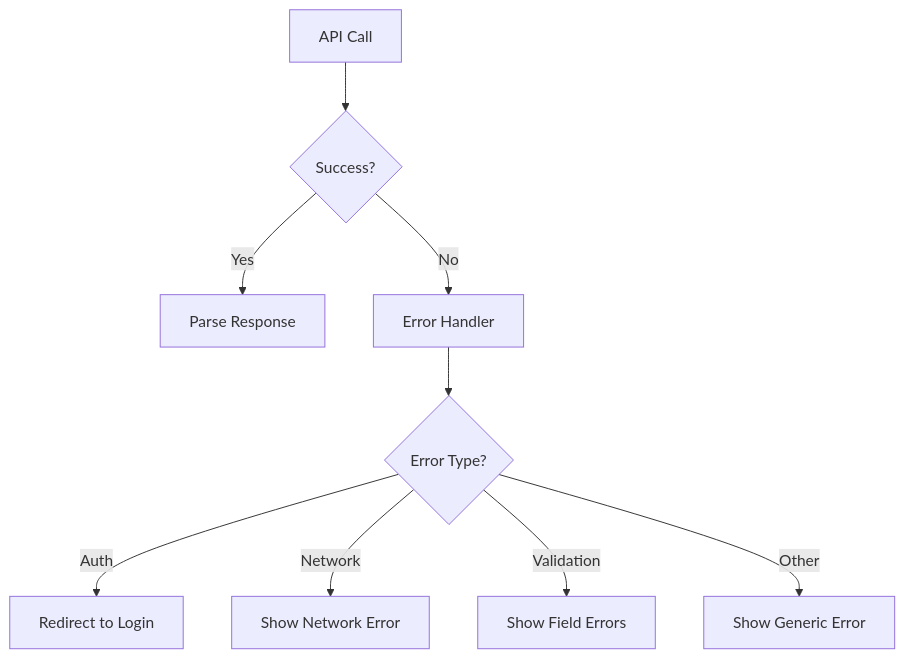
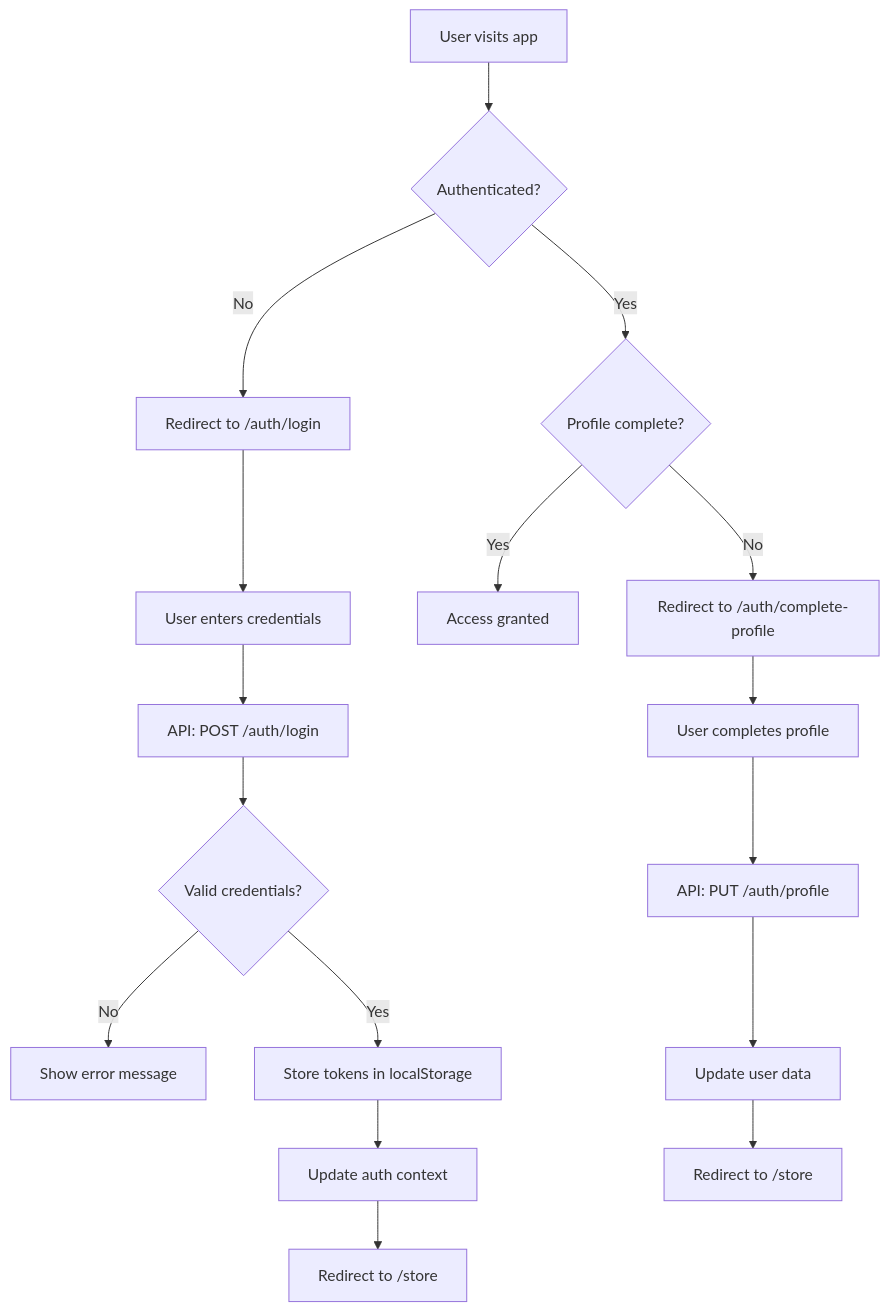
Before and after one commit to adelpro/cms-frontend: the first of 2 diagrams in docs/ARCHITECTURE.md, drawn with Mermaid. The commit also changed other lines of this file and 127 other files, not shown here.

````diff
--- a/docs/ARCHITECTURE.md
+++ b/docs/ARCHITECTURE.md
@@ -153,11 +157,21 @@
 ```mermaid
-flowchart TD
-    A[API Call] --> B{Success?}
-    B -->|Yes| C[Parse Response]
-    B -->|No| D[Error Handler]
-    D --> E{Error Type?}
-    E -->|Auth| F[Redirect to Login]
-    E -->|Network| G[Show Network Error]
-    E -->|Validation| H[Show Field Errors]
-    E -->|Other| I[Show Generic Error]
+graph TD
+    A[User visits app] --> B{Authenticated?}
+    B -->|No| C[Redirect to /auth/login]
+    B -->|Yes| D{Profile complete?}
+    D -->|No| E[Redirect to /auth/complete-profile]
+    D -->|Yes| F[Access granted]
+
+    C --> G[User enters credentials]
+    G --> H[API: POST /auth/login]
+    H --> I{Valid credentials?}
+    I -->|No| J[Show error message]
+    I -->|Yes| K[Store tokens in localStorage]
+    K --> L[Update auth context]
+    L --> M[Redirect to /store]
+
+    E --> N[User completes profile]
+    N --> O[API: PUT /auth/profile]
+    O --> P[Update user data]
+    P --> Q[Redirect to /store]
 ```
````
